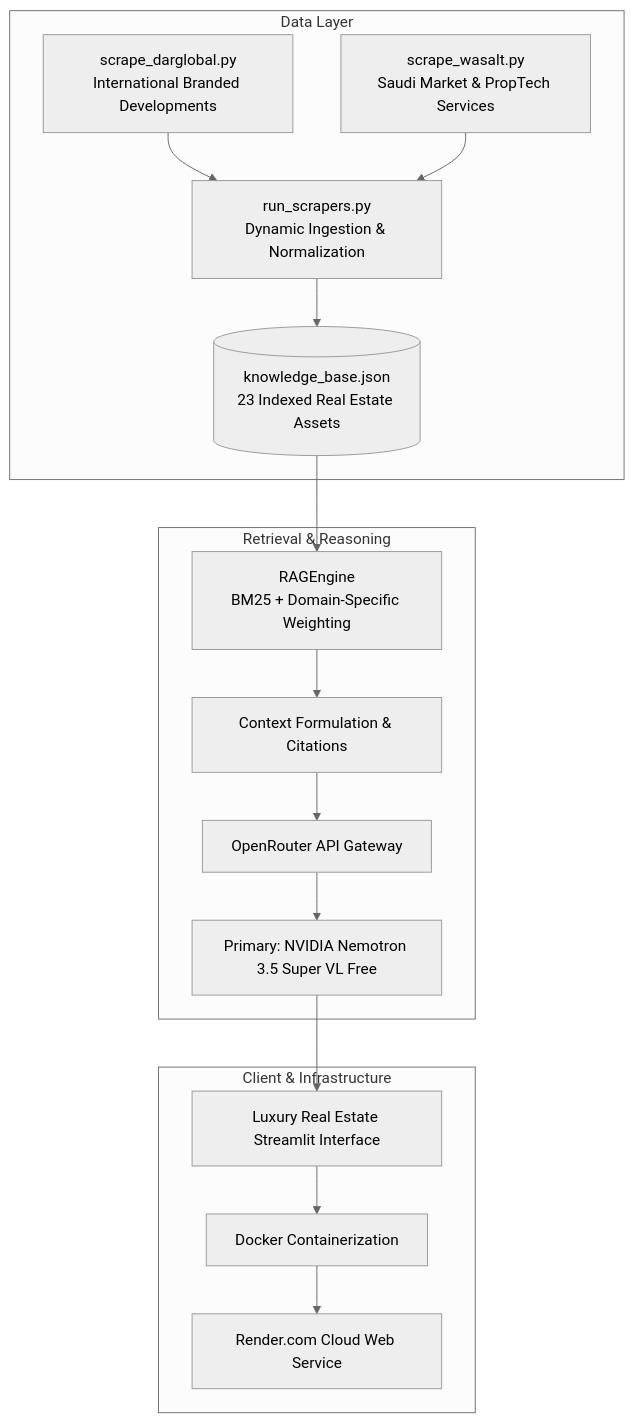
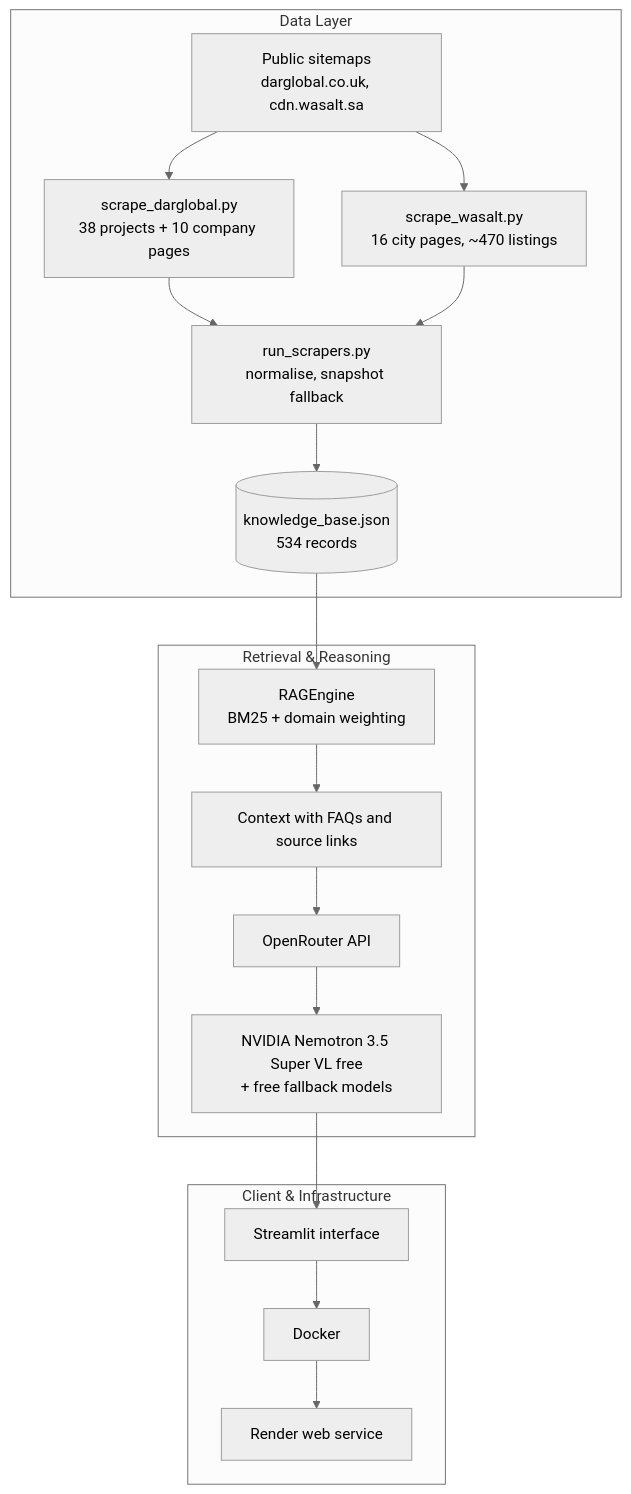
The first of 2 diagrams in README.md (Alok-Fusion/darglobal-demo), drawn with Mermaid (neutral theme) before and after one commit. The commit also changed other lines of this file and 20 other files, not shown here.

````diff
--- a/README.md
+++ b/README.md
@@ -19,33 +22,36 @@
 ```mermaid
 flowchart TD
     subgraph Data Layer
-        DG[scrape_darglobal.py<br/>International Branded Developments]
-        WS[scrape_wasalt.py<br/>Saudi Market & PropTech Services]
-        RUN[run_scrapers.py<br/>Dynamic Ingestion & Normalization]
-        KB[(knowledge_base.json<br/>23 Indexed Real Estate Assets)]
+        SM[Public sitemaps<br/>darglobal.co.uk, cdn.wasalt.sa]
+        DG[scrape_darglobal.py<br/>38 projects + 10 company pages]
+        WS[scrape_wasalt.py<br/>16 city pages, ~470 listings]
+        RUN[run_scrapers.py<br/>normalise, snapshot fallback]
+        KB[(knowledge_base.json<br/>534 records)]
     end
 
     subgraph Retrieval & Reasoning
-        RAG[RAGEngine<br/>BM25 + Domain-Specific Weighting]
-        CTX[Context Formulation & Citations]
-        OR[OpenRouter API Gateway]
-        NEMO[Primary: NVIDIA Nemotron 3.5 Super VL Free]
+        RAG[RAGEngine<br/>BM25 + domain weighting]
+        CTX[Context with FAQs and source links]
+        OR[OpenRouter API]
+        NEMO[NVIDIA Nemotron 3.5 Super VL free<br/>+ free fallback models]
     end
 
     subgraph Client & Infrastructure
-        UI[Luxury Real Estate Streamlit Interface]
-        DKR[Docker Containerization]
-        RND[Render.com Cloud Web Service]
+        UI[Streamlit interface]
+        DKR[Docker]
+        RND[Render web service]
     end
 
+    SM --> DG
+    SM --> WS
     DG --> RUN
     WS --> RUN
     RUN --> KB
     KB --> RAG
     RAG --> CTX
     CTX --> OR
     OR --> NEMO
     NEMO --> UI
     UI --> DKR
     DKR --> RND
 ```
````
